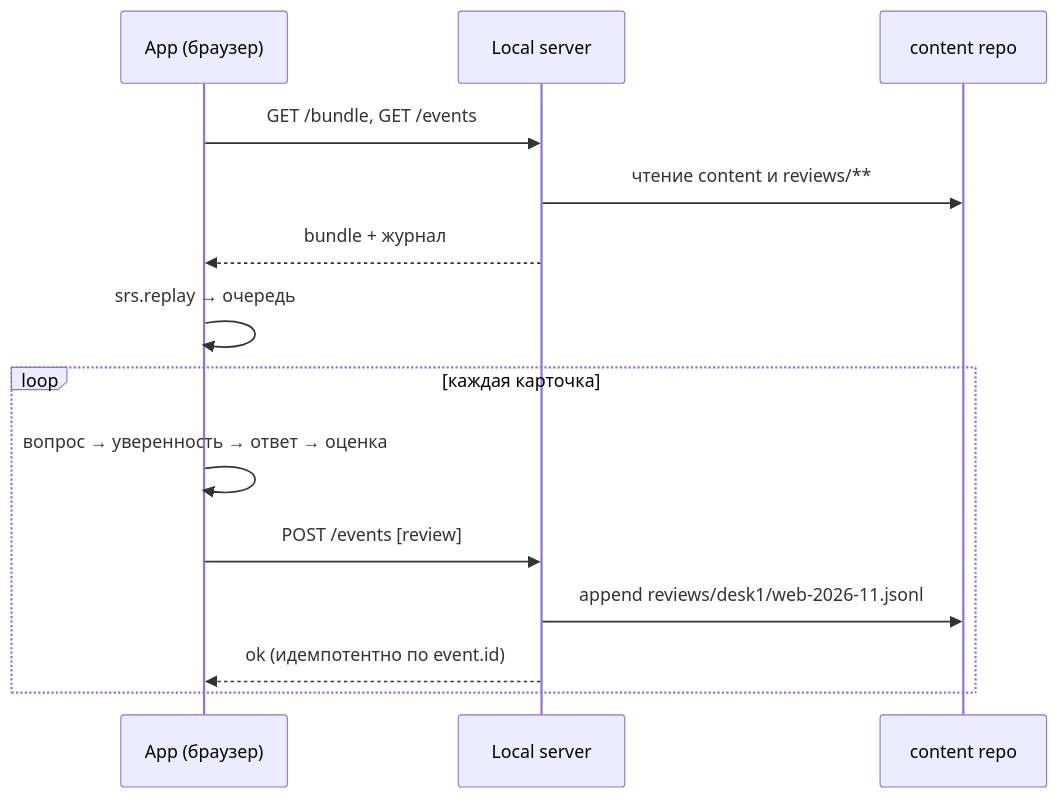
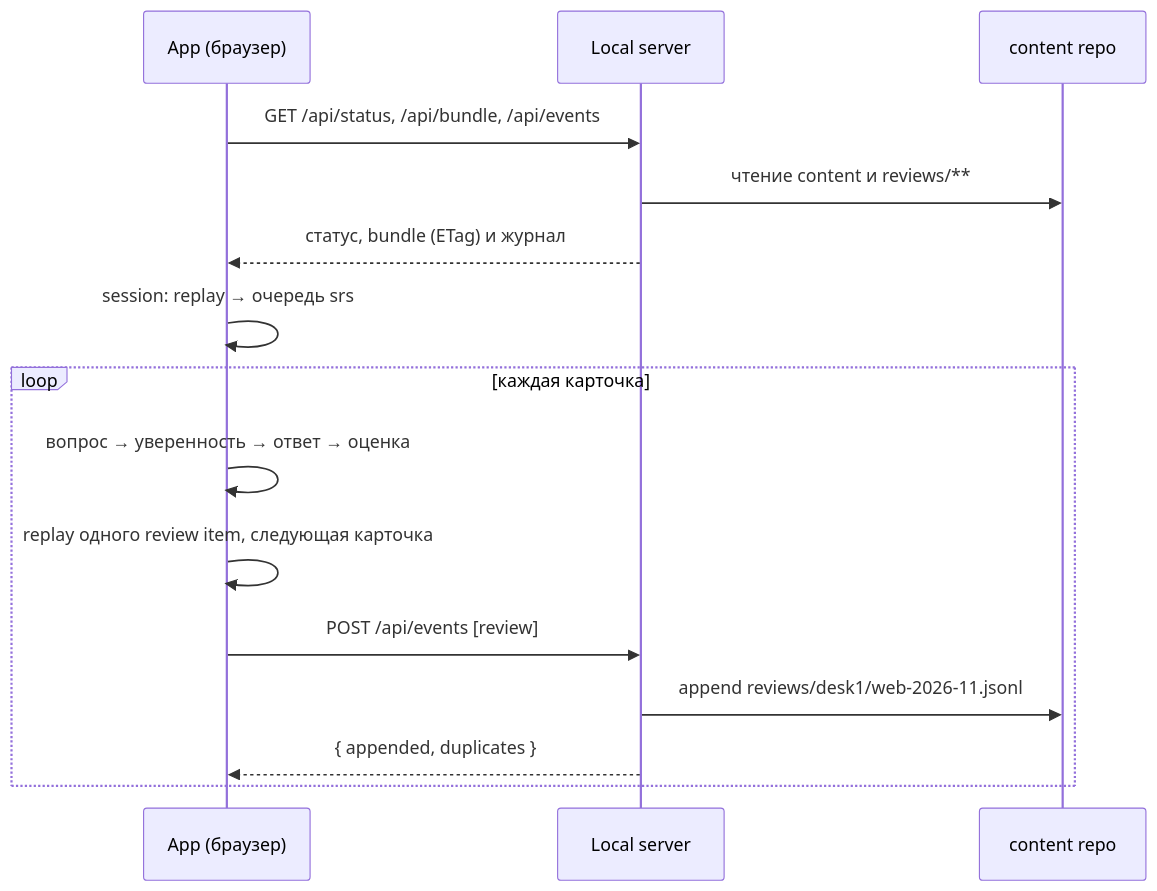
One commit to VladimirMakarevich/wastech-learn changed the second of 4 diagrams in docs/architecture/data-flows.md. Above: the diagram before and after it, drawn with Mermaid. The commit also changed other lines of this file and 34 other files, not shown here.

````diff
--- a/docs/architecture/data-flows.md
+++ b/docs/architecture/data-flows.md
@@ -33,16 +33,17 @@
 ```mermaid
 sequenceDiagram
   participant A as App (браузер)
   participant S as Local server
   participant R as content repo
-  A->>S: GET /bundle, GET /events
+  A->>S: GET /api/status, /api/bundle, /api/events
   S->>R: чтение content и reviews/**
-  S-->>A: bundle + журнал
-  A->>A: srs.replay → очередь
+  S-->>A: статус, bundle (ETag) и журнал
+  A->>A: session: replay → очередь srs
   loop каждая карточка
     A->>A: вопрос → уверенность → ответ → оценка
-    A->>S: POST /events [review]
+    A->>A: replay одного review item, следующая карточка
+    A->>S: POST /api/events [review]
     S->>R: append reviews/desk1/web-2026-11.jsonl
-    S-->>A: ok (идемпотентно по event.id)
+    S-->>A: { appended, duplicates }
   end
 ```
````
